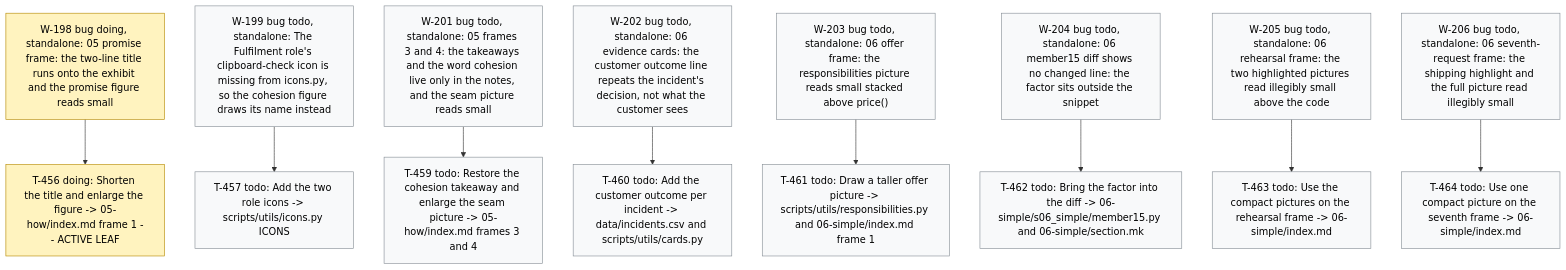
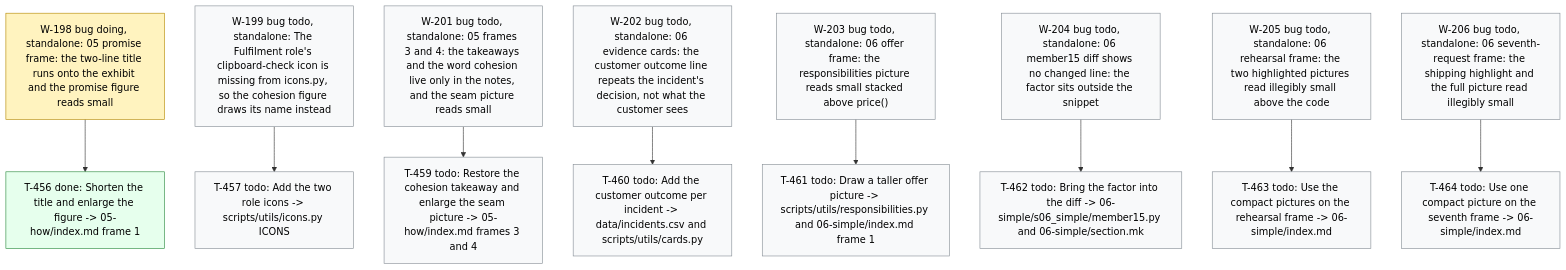
The diagram in .board/BOARD.md (dpopchev/chaos-to-simple), drawn with Mermaid before and after one commit. The commit also changed other lines of this file and 1 other file, not shown here.

Commit message:
chore(board): close T-456 -- W-198 ready to land
Refs: W-198 T-456

````diff
--- a/.board/BOARD.md
+++ b/.board/BOARD.md
@@ -1179,26 +1179,27 @@
 ```mermaid
 flowchart TD
   W198["W-198 bug doing, standalone: 05 promise frame: the two-line title runs onto the exhibit and the promise figure reads small"]
-  W198 --> T456["T-456 doing: Shorten the title and enlarge the figure -> 05-how/index.md frame 1 -- ACTIVE LEAF"]
+  W198 --> T456["T-456 done: Shorten the title and enlarge the figure -> 05-how/index.md frame 1"]
   W199["W-199 bug todo, standalone: The Fulfilment role's clipboard-check icon is missing from icons.py, so the cohesion figure draws its name instead"]
   W199 --> T457["T-457 todo: Add the two role icons -> scripts/utils/icons.py ICONS"]
   W201["W-201 bug todo, standalone: 05 frames 3 and 4: the takeaways and the word cohesion live only in the notes, and the seam picture reads small"]
   W201 --> T459["T-459 todo: Restore the cohesion takeaway and enlarge the seam picture -> 05-how/index.md frames 3 and 4"]
   W202["W-202 bug todo, standalone: 06 evidence cards: the customer outcome line repeats the incident's decision, not what the customer sees"]
   W202 --> T460["T-460 todo: Add the customer outcome per incident -> data/incidents.csv and scripts/utils/cards.py"]
   W203["W-203 bug todo, standalone: 06 offer frame: the responsibilities picture reads small stacked above price()"]
   W203 --> T461["T-461 todo: Draw a taller offer picture -> scripts/utils/responsibilities.py and 06-simple/index.md frame 1"]
   W204["W-204 bug todo, standalone: 06 member15 diff shows no changed line: the factor sits outside the snippet"]
   W204 --> T462["T-462 todo: Bring the factor into the diff -> 06-simple/s06_simple/member15.py and 06-simple/section.mk"]
   W205["W-205 bug todo, standalone: 06 rehearsal frame: the two highlighted pictures read illegibly small above the code"]
   W205 --> T463["T-463 todo: Use the compact pictures on the rehearsal frame -> 06-simple/index.md"]
   W206["W-206 bug todo, standalone: 06 seventh-request frame: the shipping highlight and the full picture read illegibly small"]
   W206 --> T464["T-464 todo: Use one compact picture on the seventh frame -> 06-simple/index.md"]
   classDef doing fill:#fff3bf,stroke:#b58900,color:#000;
   classDef blocked fill:#ffe3e3,stroke:#c92a2a,color:#000;
   classDef done fill:#e6ffed,stroke:#2b8a3e,color:#000;
   classDef todo fill:#f8f9fa,stroke:#868e96,color:#000;
   classDef pruned fill:#f1f3f5,stroke:#adb5bd,color:#000;
-  class W198,T456 doing
+  class W198 doing
+  class T456 done
   class W199,T457,W201,T459,W202,T460,W203,T461,W204,T462,W205,T463,W206,T464 todo
 ```
````
